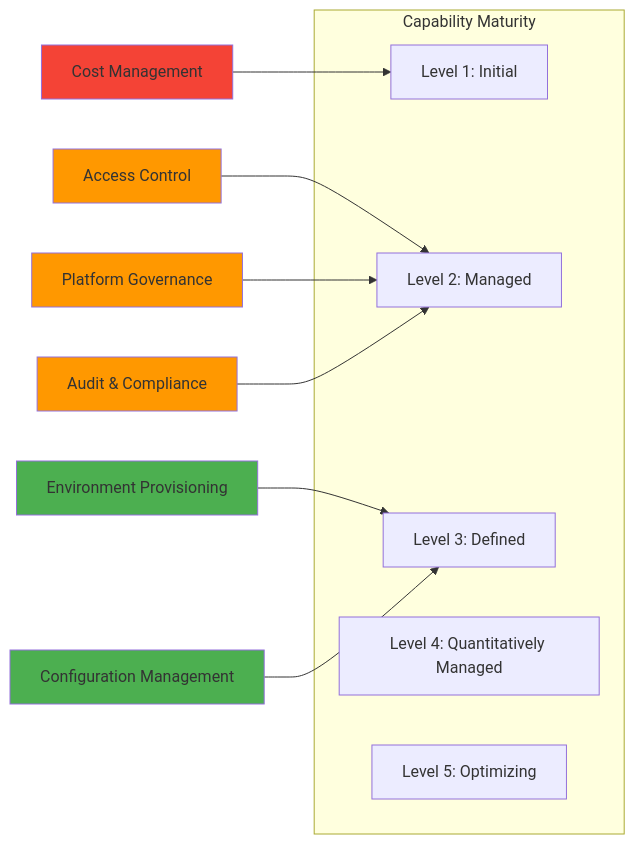
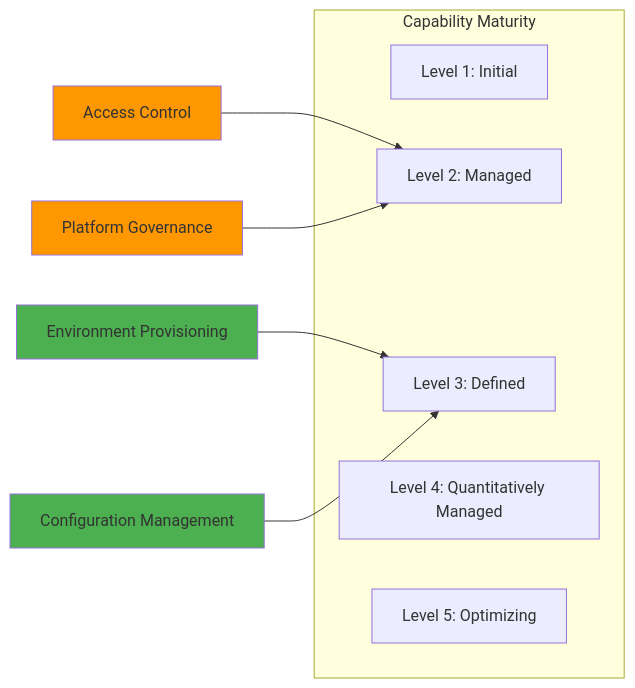
One commit to Evilazaro/DevExp-DevBox changed the first of 2 diagrams in docs/architecture/Business_architecture_document.md. Above: the diagram before and after it, drawn with Mermaid. The commit also changed other lines of this file, not shown here.

````diff
--- a/docs/architecture/Business_architecture_document.md
+++ b/docs/architecture/Business_architecture_document.md
@@ -507,24 +51,20 @@
 ```mermaid
 graph LR
     subgraph "Capability Maturity"
         L1[Level 1: Initial]
         L2[Level 2: Managed]
         L3[Level 3: Defined]
         L4[Level 4: Quantitatively Managed]
         L5[Level 5: Optimizing]
     end
 
     CAP1[Environment Provisioning] --> L3
     CAP2[Configuration Management] --> L3
     CAP3[Access Control] --> L2
     CAP4[Platform Governance] --> L2
-    CAP5[Cost Management] --> L1
-    CAP6[Audit & Compliance] --> L2
 
     style CAP1 fill:#4caf50
     style CAP2 fill:#4caf50
     style CAP3 fill:#ff9800
     style CAP4 fill:#ff9800
-    style CAP5 fill:#f44336
-    style CAP6 fill:#ff9800
 ```
````
